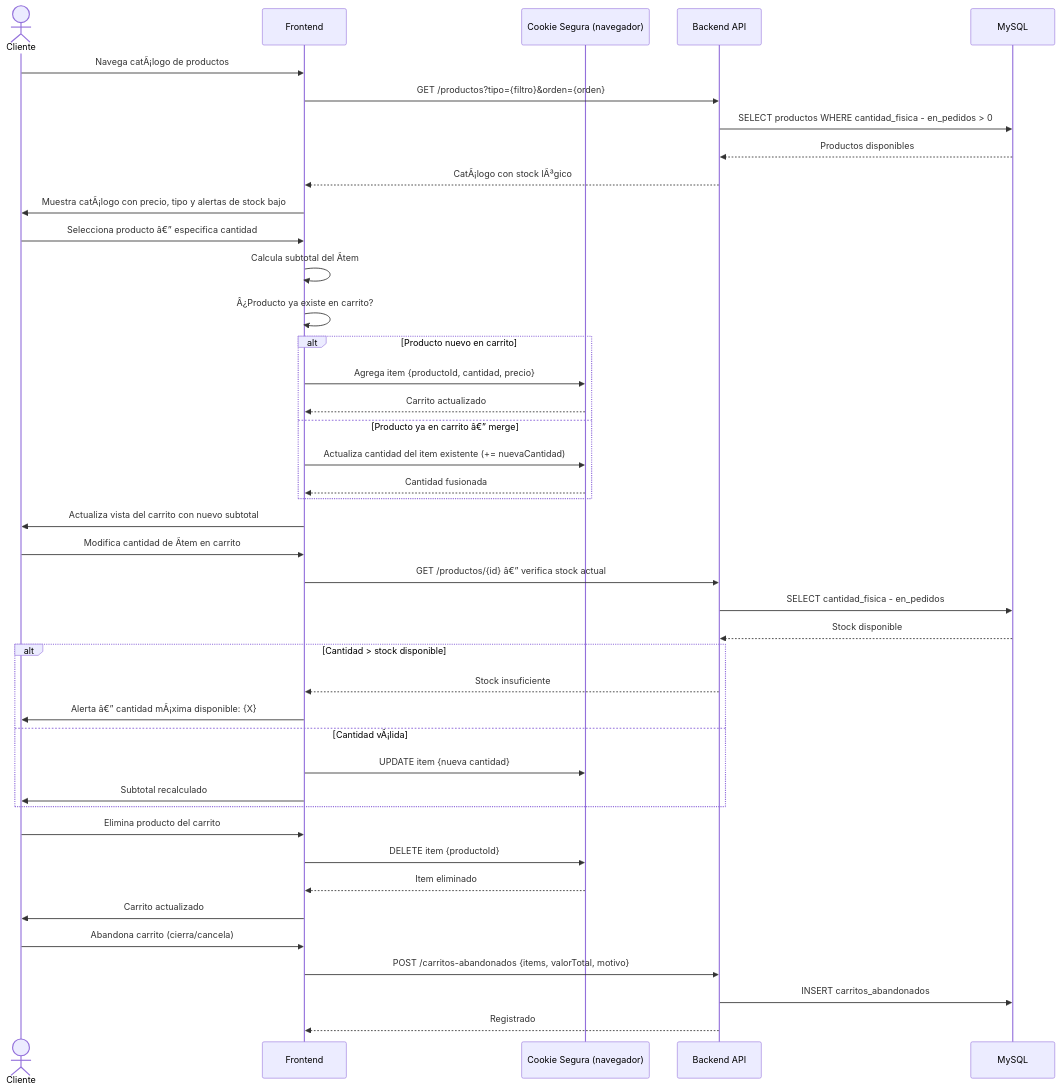
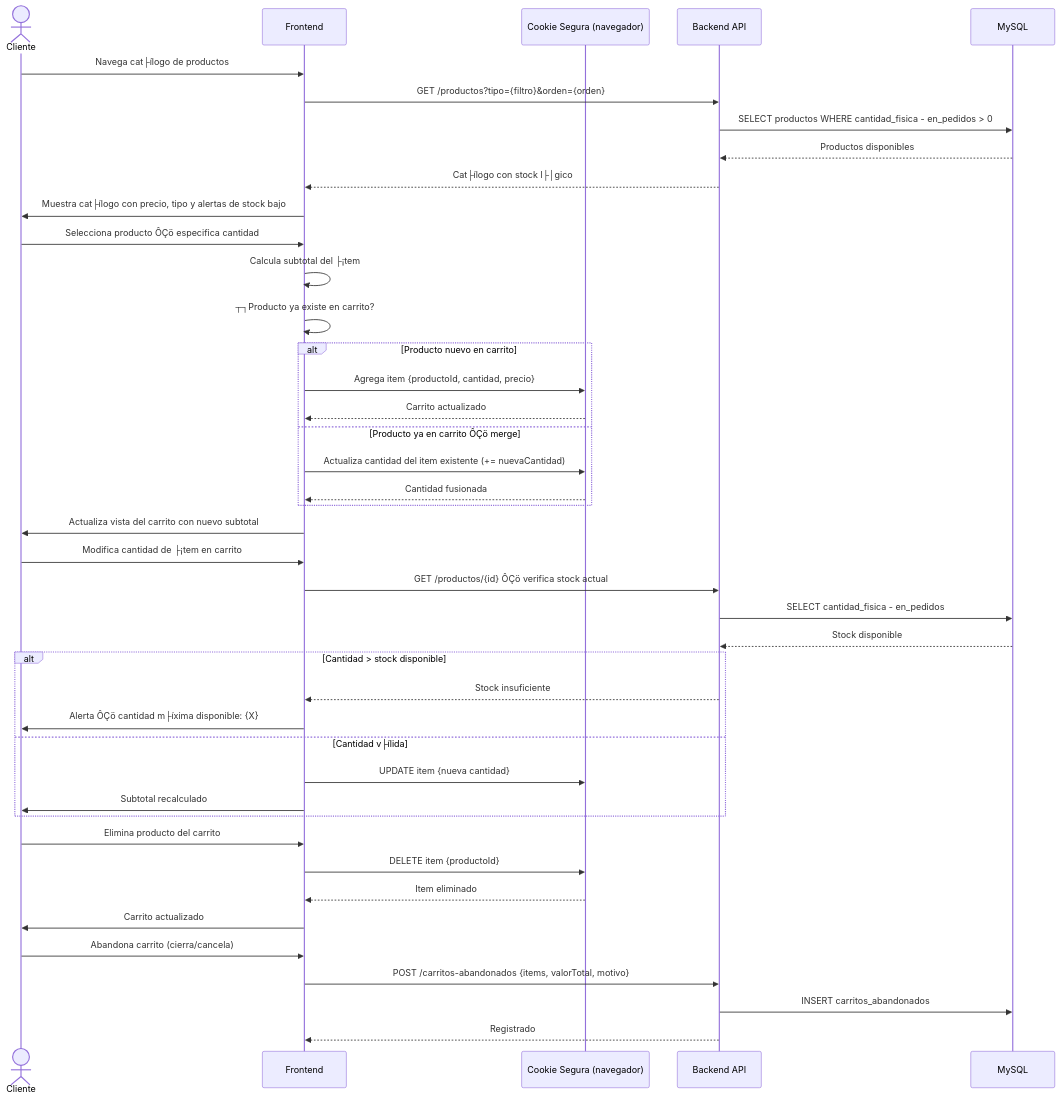
Before and after one commit to UNIPI6TO/PI-ECOMMERCE-FRITOLAY: the ninth of 23 diagrams in docs/especificacion.md, drawn with Mermaid. The commit also changed other lines of this file, not shown here.

Commit message:
fix: corregir codificacion UTF-8 del documento y restaurar DFD GCP bajo costo sin caracteres corruptos

````diff
--- a/docs/especificacion.md
+++ b/docs/especificacion.md
@@ -1211,51 +1211,51 @@
 ```mermaid
 sequenceDiagram
     actor Cliente
     participant FE as Frontend
     participant Cookie as Cookie Segura (navegador)
     participant API as Backend API
     participant DB as MySQL
 
-    Cliente->>FE: Navega catÃ¡logo de productos
+    Cliente->>FE: Navega cat├ílogo de productos
     FE->>API: GET /productos?tipo={filtro}&orden={orden}
     API->>DB: SELECT productos WHERE cantidad_fisica - en_pedidos > 0
     DB-->>API: Productos disponibles
-    API-->>FE: CatÃ¡logo con stock lÃ³gico
-    FE->>Cliente: Muestra catÃ¡logo con precio, tipo y alertas de stock bajo
+    API-->>FE: Cat├ílogo con stock l├│gico
+    FE->>Cliente: Muestra cat├ílogo con precio, tipo y alertas de stock bajo
 
-    Cliente->>FE: Selecciona producto â€” especifica cantidad
-    FE->>FE: Calcula subtotal del Ã­tem
-    FE->>FE: Â¿Producto ya existe en carrito?
+    Cliente->>FE: Selecciona producto ÔÇö especifica cantidad
+    FE->>FE: Calcula subtotal del ├¡tem
+    FE->>FE: ┬┐Producto ya existe en carrito?
 
     alt Producto nuevo en carrito
         FE->>Cookie: Agrega item {productoId, cantidad, precio}
         Cookie-->>FE: Carrito actualizado
-    else Producto ya en carrito â€” merge
+    else Producto ya en carrito ÔÇö merge
         FE->>Cookie: Actualiza cantidad del item existente (+= nuevaCantidad)
         Cookie-->>FE: Cantidad fusionada
     end
 
     FE->>Cliente: Actualiza vista del carrito con nuevo subtotal
 
-    Cliente->>FE: Modifica cantidad de Ã­tem en carrito
-    FE->>API: GET /productos/{id} â€” verifica stock actual
+    Cliente->>FE: Modifica cantidad de ├¡tem en carrito
+    FE->>API: GET /productos/{id} ÔÇö verifica stock actual
     API->>DB: SELECT cantidad_fisica - en_pedidos
     DB-->>API: Stock disponible
     alt Cantidad > stock disponible
         API-->>FE: Stock insuficiente
-        FE->>Cliente: Alerta â€” cantidad mÃ¡xima disponible: {X}
-    else Cantidad vÃ¡lida
+        FE->>Cliente: Alerta ÔÇö cantidad m├íxima disponible: {X}
+    else Cantidad v├ílida
         FE->>Cookie: UPDATE item {nueva cantidad}
         FE->>Cliente: Subtotal recalculado
     end
 
     Cliente->>FE: Elimina producto del carrito
     FE->>Cookie: DELETE item {productoId}
     Cookie-->>FE: Item eliminado
     FE->>Cliente: Carrito actualizado
 
     Cliente->>FE: Abandona carrito (cierra/cancela)
     FE->>API: POST /carritos-abandonados {items, valorTotal, motivo}
     API->>DB: INSERT carritos_abandonados
     API-->>FE: Registrado
 ```
````
